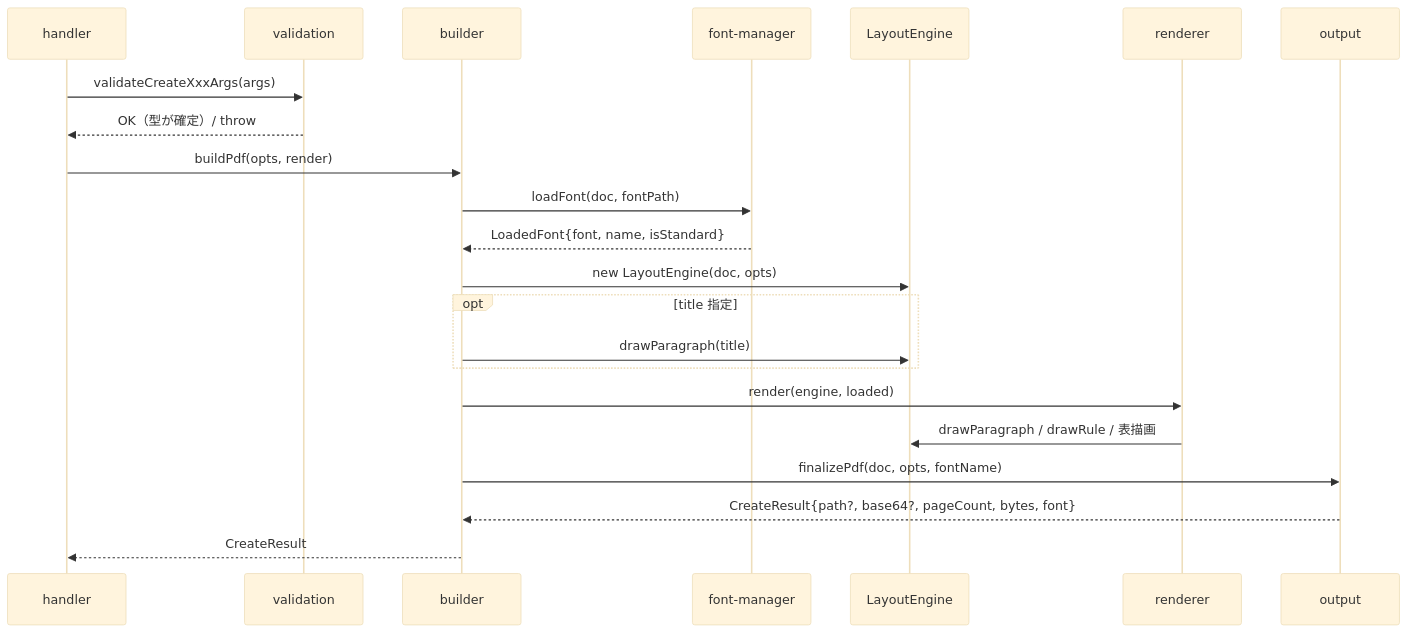
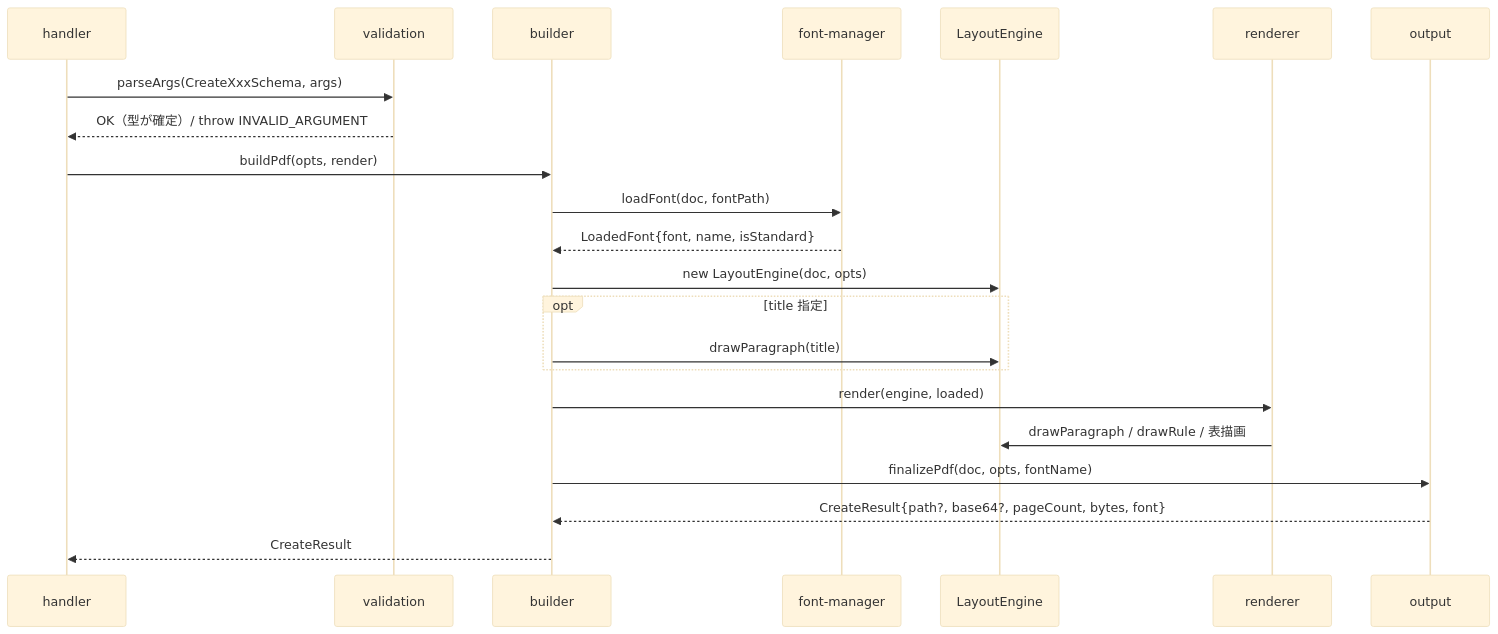
One commit to shuji-bonji/pdf-writer-mcp changed the fourth of 8 diagrams in docs/DESIGN.md. Above: the diagram before and after it, drawn with Mermaid (base theme). The commit also changed other lines of this file and 4 other files, not shown here.

````diff
--- a/docs/DESIGN.md
+++ b/docs/DESIGN.md
@@ -237,25 +269,25 @@
 ```mermaid
 sequenceDiagram
   participant H as handler
   participant V as validation
   participant B as builder
   participant F as font-manager
   participant L as LayoutEngine
   participant Rd as renderer
   participant O as output
 
-  H->>V: validateCreateXxxArgs(args)
-  V-->>H: OK（型が確定）/ throw
+  H->>V: parseArgs(CreateXxxSchema, args)
+  V-->>H: OK（型が確定）/ throw INVALID_ARGUMENT
   H->>B: buildPdf(opts, render)
   B->>F: loadFont(doc, fontPath)
   F-->>B: LoadedFont{font, name, isStandard}
   B->>L: new LayoutEngine(doc, opts)
   opt title 指定
     B->>L: drawParagraph(title)
   end
   B->>Rd: render(engine, loaded)
   Rd->>L: drawParagraph / drawRule / 表描画
   B->>O: finalizePdf(doc, opts, fontName)
   O-->>B: CreateResult{path?, base64?, pageCount, bytes, font}
   B-->>H: CreateResult
 ```
````
